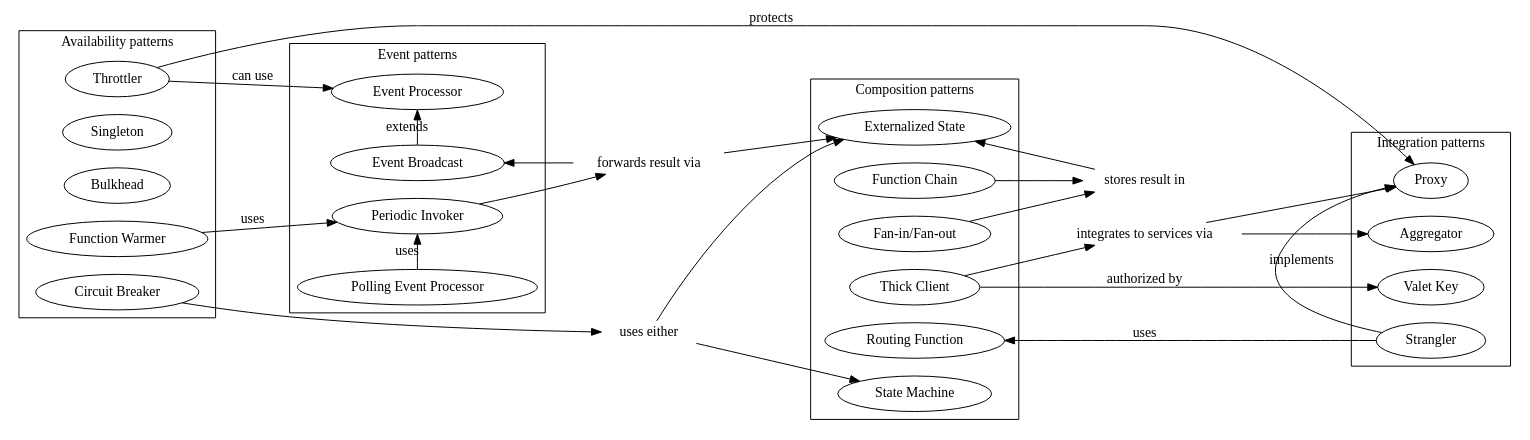
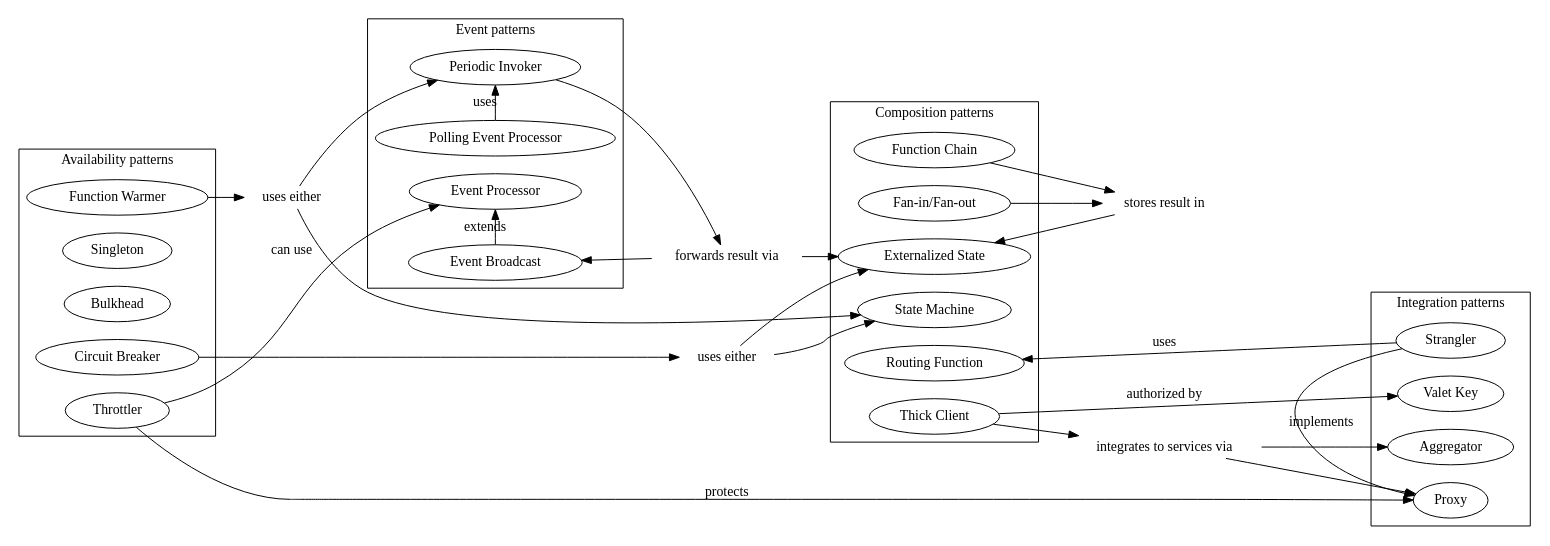
The diagram in src/pattern-language.dot (epiphone/gradu), drawn with Graphviz before and after one commit. The commit also changed 20 other files, not shown here.

Commit message:
Add the remaining pattern diagrams

```diff
--- a/src/pattern-language.dot
+++ b/src/pattern-language.dot
@@ -1,75 +1,77 @@
 digraph g{
   rankdir="LR"
   newrank="true"
   // splines="polyline"
 
   subgraph cluster_composition {
     label="Composition patterns"
     rank="same"
     "Routing Function";
     "Function Chain";
     "Fan-in/Fan-out";
     "State Machine";
     "Thick Client";
     "Externalized State";
   }
   joint3 [shape="none", label="stores result in", width=0, height=0]
   "Function Chain" -> joint3; //[arrowhead="none"];
   "Fan-in/Fan-out" -> joint3; // [arrowhead="none"];
   joint3 -> "Externalized State";
   // "Function Chain" -> "Externalized State" [label="uses"];
   // "Fan-in/Fan-out" -> "Externalized State" [label="uses"];
   "Thick Client" -> "Valet Key" [label="authorized by"];
   // "Thick Client" -> "Proxy" [label="uses"];
   joint4 [shape="none", label="integrates to services via", width=0, height=0]
   "Thick Client" -> joint4; //[arrowhead="none"];
   joint4 -> "Aggregator";
   joint4 -> "Proxy";
 
   subgraph cluster_event {
     label="Event patterns"
     rank="same"
     "Event Processor";
     "Periodic Invoker";
     "Polling Event Processor";
     "Event Broadcast";
   }
   joint2 [shape="none", label="forwards result via", width=0, height=0]
   "Periodic Invoker" -> joint2; // [arrowhead="none"];
   joint2 -> "Externalized State";
   joint2 -> "Event Broadcast";
   // "Periodic Invoker" -> "Externalized State" [label="can store result in"];
   // "Periodic Invoker" -> "Event Broadcast" [label="can forward result via"];
   "Polling Event Processor" -> "Periodic Invoker" [label="uses"];
   "Event Broadcast" -> "Event Processor" [label="extends"];
 
   subgraph cluster_api {
     label="Integration patterns"
     rank="same"
     "Aggregator";
     "Proxy";
     "Strangler";
     "Valet Key";
   }
   "Strangler" -> "Routing Function" [label="uses"];
   "Strangler" -> "Proxy" [label="implements"];
 
   subgraph cluster_availability {
     label="Availability patterns"
     rank="same"
     "Function Warmer";
     "Singleton";
     "Bulkhead";
     "Throttler";
     "Circuit Breaker";
   }
-  "Function Warmer" -> "Periodic Invoker" [label="uses"];
+  joint5 [shape="none", label="uses either", width=0, height=0]
+  "Function Warmer" -> joint5; // [arrowhead="none"];
+  joint5 -> "State Machine";
+  joint5 -> "Periodic Invoker";
+
   "Throttler" -> "Event Processor" [label="can use"];
   "Throttler" -> "Proxy" [label="protects"];
   joint1 [shape="none", label="uses either", width=0, height=0]
   "Circuit Breaker" -> joint1; // [arrowhead="none"];
   joint1 -> "State Machine";
   joint1 -> "Externalized State";
-  // "Circuit Breaker" -> "State Machine" [label="uses"];
-  // "Circuit Breaker" -> "Externalized State" [label="uses"];
 }
```
